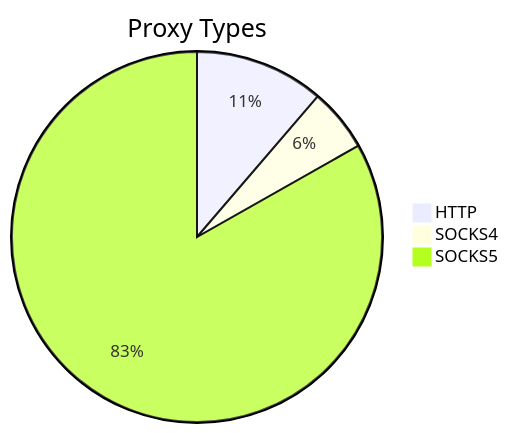
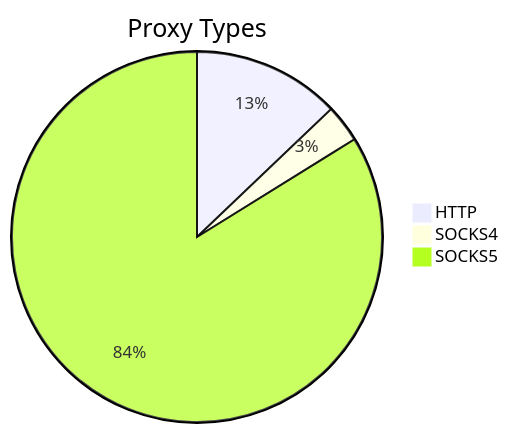
Before and after one commit to stormsia/proxy-list: the first of 2 diagrams in README.md, drawn with Mermaid. The commit also changed other lines of this file, not shown here.

````diff
--- a/README.md
+++ b/README.md
@@ -21,6 +21,6 @@
 ```mermaid
 pie title Proxy Types
-    "HTTP" : 133
-    "SOCKS4" : 65
-    "SOCKS5" : 980
+    "HTTP" : 94
+    "SOCKS4" : 24
+    "SOCKS5" : 612
 ```
````
